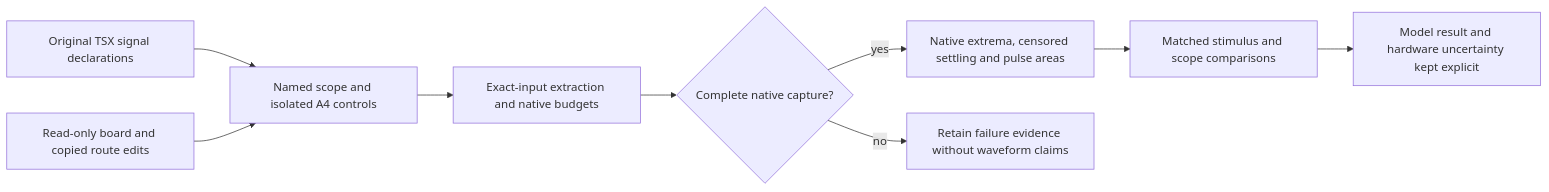
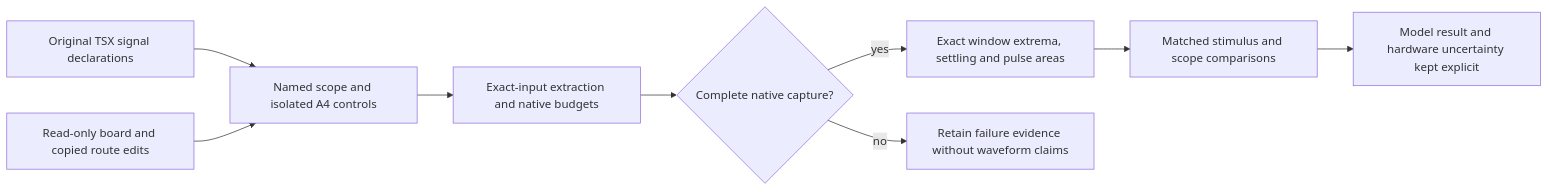
Before and after one commit to tscircuit/pcb-spice-pipeline: the diagram in docs/addr-cmd-qualification.md, drawn with Mermaid. The commit also changed other lines of this file and 12 other files, not shown here.

Commit message:
docs: complete width noise controls and refresh exact window evidence

````diff
--- a/docs/addr-cmd-qualification.md
+++ b/docs/addr-cmd-qualification.md
@@ -417,11 +473,11 @@
 ```mermaid
 flowchart LR
   tsx[Original TSX signal declarations] --> controls[Named scope and isolated A4 controls]
   copy[Read-only board and copied route edits] --> controls
   controls --> guards[Exact-input extraction and native budgets]
   guards --> complete{Complete native capture?}
-  complete -->|yes| metrics[Native extrema, censored settling and pulse areas]
+  complete -->|yes| metrics[Exact window extrema, settling and pulse areas]
   complete -->|no| failures[Retain failure evidence without waveform claims]
   metrics --> compare[Matched stimulus and scope comparisons]
   compare --> verdict[Model result and hardware uncertainty kept explicit]
 ```
````
